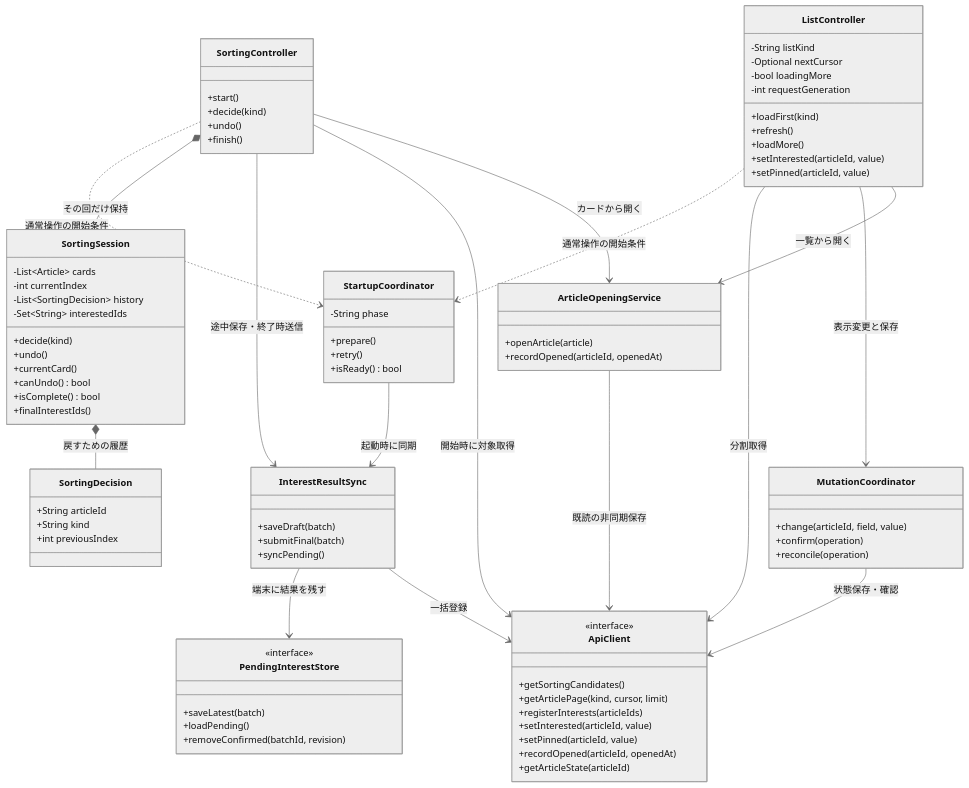
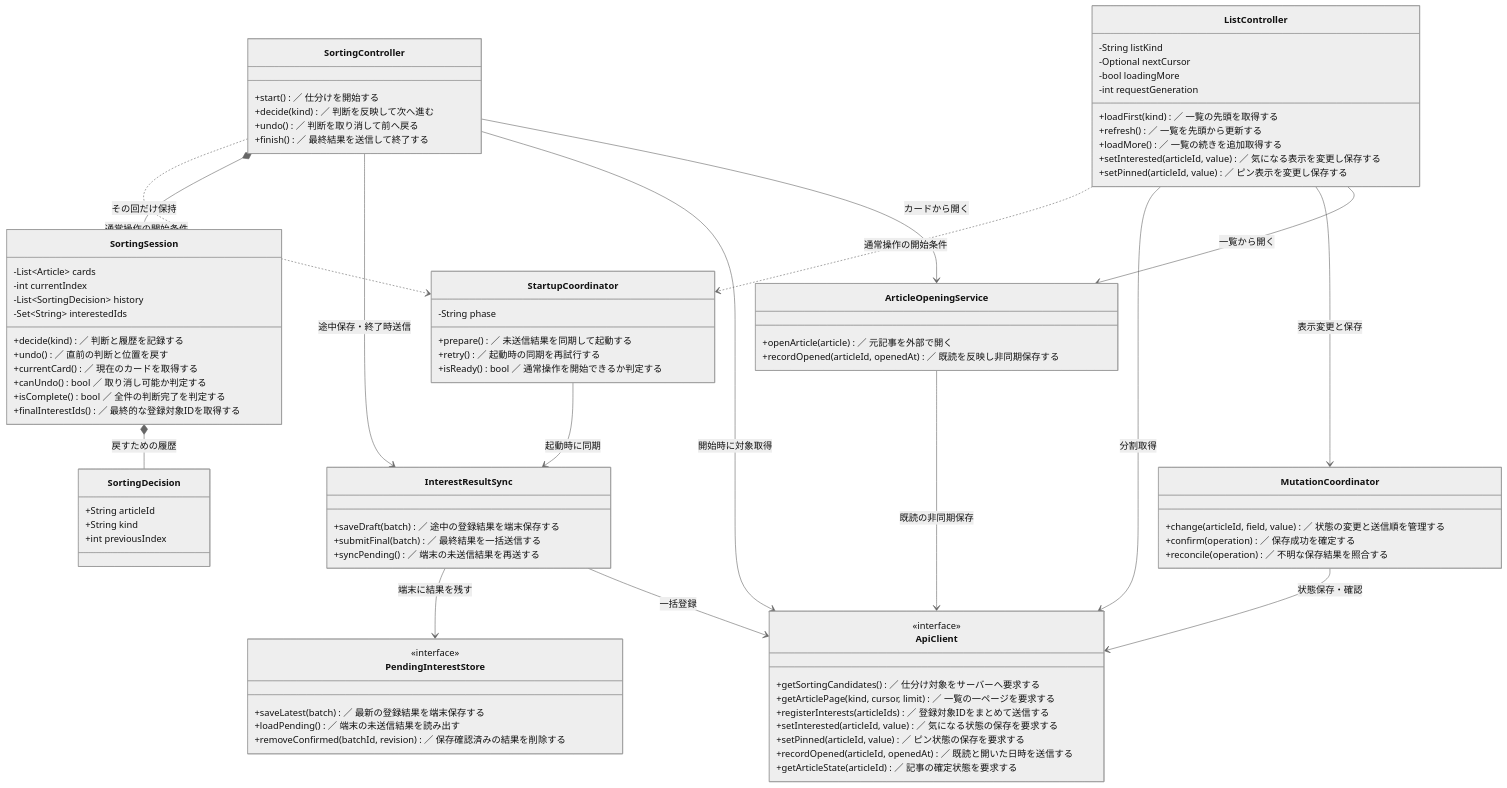
One commit to BeppuKanato/it-discovery changed the second of 3 diagrams in docs/classes.md. Above: the diagram before and after it, drawn with Mermaid (neutral theme). The commit also changed other lines of this file, not shown here.

Commit message:
docs: show concise method descriptions inside class diagrams

```diff
--- a/docs/classes.md
+++ b/docs/classes.md
@@ -105,40 +95,27 @@
     direction TB
     class StartupCoordinator {
         -String phase
-        %% 端末の未送信登録を確認して同期する。保存成功を確認するまで通常操作を待機させる。
-        +prepare()
-        %% 未送信登録の同期を再試行する。成功を確認できない結果は端末に残す。
-        +retry()
-        %% 起動時の同期が完了し、一覧や仕分けの通常操作を開始できるかを返す。
-        +isReady() bool
+        +prepare() ／ 未送信結果を同期して起動する
+        +retry() ／ 起動時の同期を再試行する
+        +isReady() bool ／ 通常操作を開始できるか判定する
     }
     class SortingController {
-        %% サーバーから最大10件の仕分け対象を取得し、その回の進行管理と最初のカード表示を開始する。
-        +start()
-        %% スワイプの判断をSessionへ渡し、次のカードを表示する。更新後の気になる結果を端末へ非同期で保存する。
-        +decide(kind)
-        %% Sessionで直前の判断を取り消し、前のカードを表示する。端末の登録結果にも取り消しを反映する。
-        +undo()
-        %% 最終的な登録結果を端末に確保してから一括送信する。保存成功後にその回を終了し、失敗なら結果を残す。
-        +finish()
+        +start() ／ 仕分けを開始する
+        +decide(kind) ／ 判断を反映して次へ進む
+        +undo() ／ 判断を取り消して前へ戻る
+        +finish() ／ 最終結果を送信して終了する
     }
     class SortingSession {
         -List~Article~ cards
         -int currentIndex
         -List~SortingDecision~ history
         -Set~String~ interestedIds
-        %% 現在の記事への登録または見送りをメモリ上で記録し、判断履歴を追加して現在位置を次へ進める。
-        +decide(kind)
-        %% 直前の登録または見送りをメモリ上で取り消し、履歴を一件外してそのカードの位置へ戻る。
-        +undo()
-        %% 現在位置の記事を返す。カードを進めたり、保存や通信を行ったりはしない。
-        +currentCard()
-        %% その回に取り消せる判断履歴があるかを返す。戻すボタンの有効・無効に使う。
-        +canUndo() bool
-        %% その回の対象記事への判断が全件終わったかを返す。終了送信の成功を意味するものではない。
-        +isComplete() bool
-        %% 取り消しを反映した、その回で最終的に選んだ気になる記事のID集合を返す。
-        +finalInterestIds()
+        +decide(kind) ／ 判断と履歴を記録する
+        +undo() ／ 直前の判断と位置を戻す
+        +currentCard() ／ 現在のカードを取得する
+        +canUndo() bool ／ 取り消し可能か判定する
+        +isComplete() bool ／ 全件の判断完了を判定する
+        +finalInterestIds() ／ 最終的な登録対象IDを取得する
     }
     class SortingDecision {
         +String articleId
@@ -150,64 +127,41 @@
         -Optional nextCursor
         -bool loadingMore
         -int requestGeneration
-        %% 指定した種類の一覧を先頭から一定件数取得し、記事・続き位置・続きの有無を更新する。
-        +loadFirst(kind)
-        %% 現在の一覧を先頭から読み直し、最新の記事と新しい続き位置へ置き換える。
-        +refresh()
-        %% 続きがあり追加取得中でなければ次のページを取得して追加する。失敗時は記事と続き位置を維持する。
-        +loadMore()
-        %% 対象記事の気になる表示を即座に変更し、裏で保存を依頼する。気になる一覧で解除した記事は表示から外す。
-        +setInterested(articleId, value)
-        %% 対象記事のピン表示を即座に変更し、裏で保存を依頼する。気になる・既読は変更しない。
-        +setPinned(articleId, value)
+        +loadFirst(kind) ／ 一覧の先頭を取得する
+        +refresh() ／ 一覧を先頭から更新する
+        +loadMore() ／ 一覧の続きを追加取得する
+        +setInterested(articleId, value) ／ 気になる表示を変更し保存する
+        +setPinned(articleId, value) ／ ピン表示を変更し保存する
     }
     class MutationCoordinator {
-        %% 記事の変更先の状態と操作を管理し、非同期で送信する。同じ記事・項目への変更の送信順を保つ。
-        +change(articleId, field, value)
-        %% 対応する操作の保存成功を記録し、サーバーの確定状態を更新する。古い応答で最新の操作を上書きしない。
-        +confirm(operation)
-        %% 保存結果が不明な操作についてサーバーの状態を確認し、進行中の要求や最新の操作と照合する。
-        +reconcile(operation)
+        +change(articleId, field, value) ／ 状態の変更と送信順を管理する
+        +confirm(operation) ／ 保存成功を確定する
+        +reconcile(operation) ／ 不明な保存結果を照合する
     }
     class ArticleOpeningService {
-        %% 記事のURLを外部で開く。開けたと判定できた場合に既読記録を依頼する。判定方法は未確定。
-        +openArticle(article)
-        %% 開けた記事を表示上の既読にし、記事IDと開いた日時の保存を非同期で依頼する。画面の進行は待たせない。
-        +recordOpened(articleId, openedAt)
+        +openArticle(article) ／ 元記事を外部で開く
+        +recordOpened(articleId, openedAt) ／ 既読を反映し非同期保存する
     }
     class InterestResultSync {
-        %% 仕分け途中の登録結果を端末へ保存する。保存順を管理し、取り消し後の結果も残す。サーバーへは送信しない。
-        +saveDraft(batch)
-        %% 最終結果の端末保存を確認してサーバーへ一括送信する。成功確認できた結果だけを端末から削除する。
-        +submitFinal(batch)
-        %% 端末に残った未送信登録を読み出して再送する。成功を確認できなければ結果を残す。
-        +syncPending()
+        +saveDraft(batch) ／ 途中の登録結果を端末保存する
+        +submitFinal(batch) ／ 最終結果を一括送信する
+        +syncPending() ／ 端末の未送信結果を再送する
     }
     class PendingInterestStore {
         <<interface>>
-        %% 指定した登録結果を端末の保存領域に残す。古い版で新しい結果を上書きしない。
-        +saveLatest(batch)
-        %% サーバーへの保存成功をまだ確認できていない登録結果を端末から読み出す。
-        +loadPending()
-        %% 指定したbatchIdとrevisionの保存済み結果だけを端末から削除する。新しい版や別の結果を消さない。
-        +removeConfirmed(batchId, revision)
+        +saveLatest(batch) ／ 最新の登録結果を端末保存する
+        +loadPending() ／ 端末の未送信結果を読み出す
+        +removeConfirmed(batchId, revision) ／ 保存確認済みの結果を削除する
     }
     class ApiClient {
         <<interface>>
-        %% サーバーへ仕分け対象を要求し、対象条件を満たす最新の最大10件を受け取る。
-        +getSortingCandidates()
-        %% 一覧の種類・続き位置・取得件数を指定し、サーバーから記事の一ページと次の続き位置を受け取る。
-        +getArticlePage(kind, cursor, limit)
-        %% 仕分けで選んだ記事IDをまとめてサーバーへ送信し、気になる登録を保存する。
-        +registerInterests(articleIds)
-        %% 指定記事の気になる状態をvalueの値にするようサーバーへ要求する。反転する要求ではない。
-        +setInterested(articleId, value)
-        %% 指定記事のピン状態をvalueの値にするようサーバーへ要求する。気になる・既読は変更しない。
-        +setPinned(articleId, value)
-        %% 記事IDと開いた日時をサーバーへ送り、既読と最後に開いた日時を保存するよう要求する。
-        +recordOpened(articleId, openedAt)
-        %% 対象記事のサーバー上の確定状態を取得する。保存結果が不明なときの確認に使う。
-        +getArticleState(articleId)
+        +getSortingCandidates() ／ 仕分け対象をサーバーへ要求する
+        +getArticlePage(kind, cursor, limit) ／ 一覧の一ページを要求する
+        +registerInterests(articleIds) ／ 登録対象IDをまとめて送信する
+        +setInterested(articleId, value) ／ 気になる状態の保存を要求する
+        +setPinned(articleId, value) ／ ピン状態の保存を要求する
+        +recordOpened(articleId, openedAt) ／ 既読と開いた日時を送信する
+        +getArticleState(articleId) ／ 記事の確定状態を要求する
     }
 
     StartupCoordinator --> InterestResultSync : 起動時に同期
```
